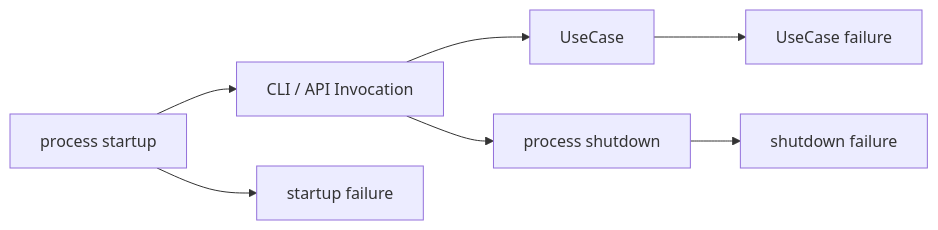
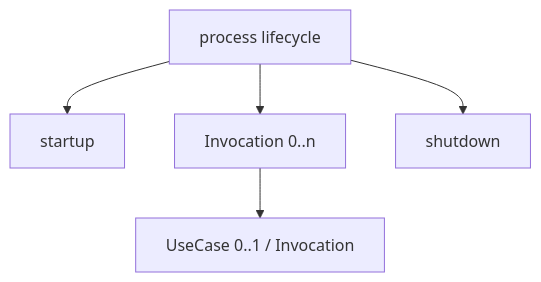
One commit to takashit16833/Workbench changed the seventh of 7 diagrams in Notes/RAGScope/RAGScopeアプリケーション/RS-0024 失敗型と利用境界への変換設計メモ.md. Above: the diagram before and after it, drawn with Mermaid. The commit also changed other lines of this file, not shown here.

````diff
--- a/Notes/RAGScope/RAGScopeアプリケーション/RS-0024 失敗型と利用境界への変換設計メモ.md
+++ b/Notes/RAGScope/RAGScopeアプリケーション/RS-0024 失敗型と利用境界への変換設計メモ.md
@@ -494,18 +544,13 @@
 ```mermaid
-flowchart LR
-    STARTUP["process startup"]
-    INVOCATION["CLI / API Invocation"]
-    USECASE["UseCase"]
-    SHUTDOWN["process shutdown"]
+flowchart TB
+    PROCESS["process lifecycle"]
+    STARTUP["startup"]
+    INVOCATIONS["Invocation 0..n"]
+    USECASE["UseCase 0..1 / Invocation"]
+    SHUTDOWN["shutdown"]
 
-    STARTFAIL["startup failure"]
-    USEFAIL["UseCase failure"]
-    STOPFAIL["shutdown failure"]
-
-    STARTUP --> INVOCATION --> USECASE
-    INVOCATION --> SHUTDOWN
-
-    STARTUP --> STARTFAIL
-    USECASE --> USEFAIL
-    SHUTDOWN --> STOPFAIL
+    PROCESS --> STARTUP
+    PROCESS --> INVOCATIONS
+    PROCESS --> SHUTDOWN
+    INVOCATIONS --> USECASE
 ```
````
